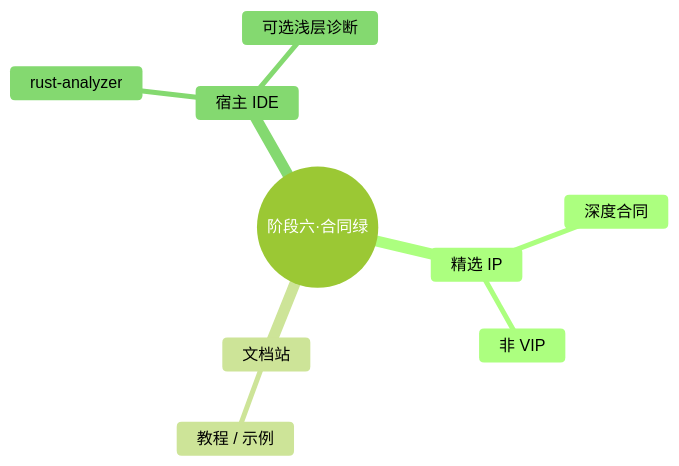
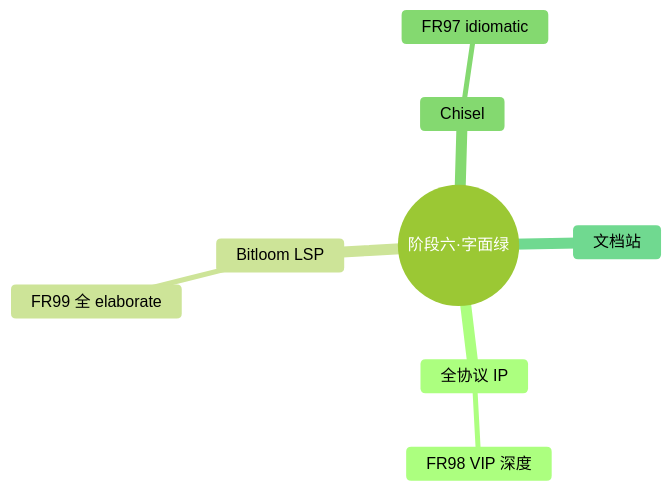
The eighth of 11 diagrams in docs/requirements/19. 实施路线图.md (TangCan/bitloom), drawn with Mermaid (forest theme) before and after one commit. The commit also changed other lines of this file and 10 other files, not shown here.

````diff
--- a/docs/requirements/19. 实施路线图.md
+++ b/docs/requirements/19. 实施路线图.md
@@ -283,12 +276,11 @@
 ```mermaid
 mindmap
-  root((阶段六·合同绿))
-    精选 IP
-      深度合同
-      非 VIP
+  root((阶段六·字面绿))
+    全协议 IP
+      FR98 VIP 深度
+    Bitloom LSP
+      FR99 全 elaborate
+    Chisel
+      FR97 idiomatic
     文档站
-      教程 / 示例
-    宿主 IDE
-      rust-analyzer
-      可选浅层诊断
 ```
````
